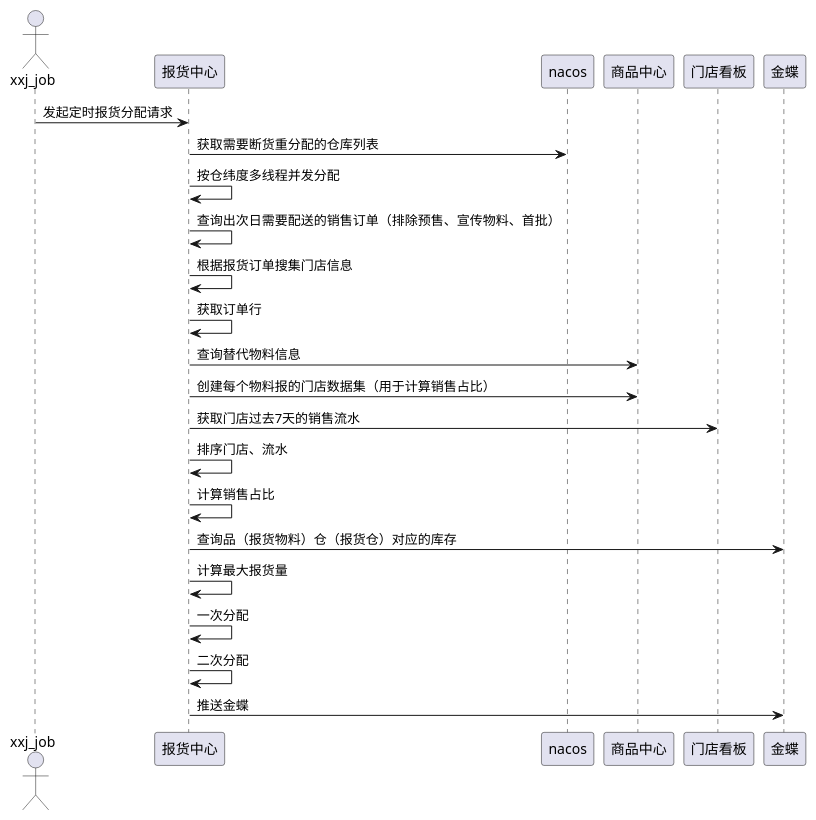
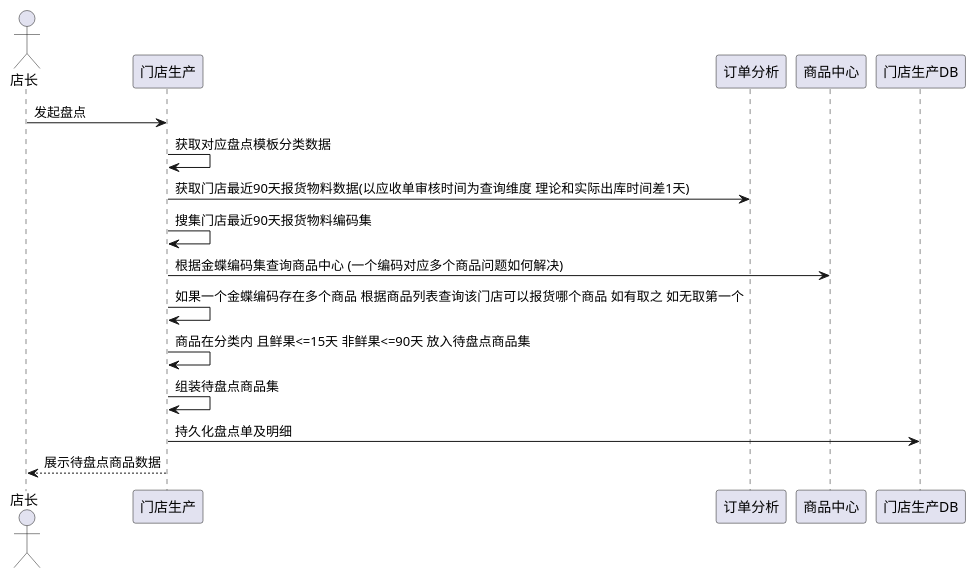
The diagram in src/main/resources/uml/booking-main-distribute.puml (Thothma/SkyGarden), drawn with PlantUML before and after one commit. The commit also changed 3 other files, not shown here.

```diff
--- a/src/main/resources/uml/booking-main-distribute.puml
+++ b/src/main/resources/uml/booking-main-distribute.puml
@@ -1,21 +1,15 @@
 @startuml
 'https://plantuml.com/sequence-diagram
 
-actor xxj_job
-xxj_job -> 报货中心:发起定时报货分配请求
-报货中心 -> nacos: 获取需要断货重分配的仓库列表
-报货中心 -> 报货中心: 按仓纬度多线程并发分配
-报货中心 -> 报货中心: 查询出次日需要配送的销售订单（排除预售、宣传物料、首批）
-报货中心 -> 报货中心: 根据报货订单搜集门店信息
-报货中心 -> 报货中心: 获取订单行
-报货中心 -> 商品中心: 查询替代物料信息
-报货中心 -> 商品中心: 创建每个物料报的门店数据集（用于计算销售占比）
-报货中心 -> 门店看板: 获取门店过去7天的销售流水
-报货中心 -> 报货中心: 排序门店、流水
-报货中心 -> 报货中心: 计算销售占比
-报货中心 -> 金蝶: 查询品（报货物料）仓（报货仓）对应的库存
-报货中心 -> 报货中心: 计算最大报货量
-报货中心 -> 报货中心: 一次分配
-报货中心 -> 报货中心: 二次分配
-报货中心 -> 金蝶:推送金蝶
+actor 店长
+店长 -> 门店生产: 发起盘点
+门店生产 -> 门店生产: 获取对应盘点模板分类数据
+门店生产 -> 订单分析: 获取门店最近90天报货物料数据(以应收单审核时间为查询维度 理论和实际出库时间差1天)
+门店生产 -> 门店生产: 搜集门店最近90天报货物料编码集
+门店生产 -> 商品中心: 根据金蝶编码集查询商品中心 (一个编码对应多个商品问题如何解决)
+门店生产 -> 门店生产: 如果一个金蝶编码存在多个商品 根据商品列表查询该门店可以报货哪个商品 如有取之 如无取第一个
+门店生产 -> 门店生产: 商品在分类内 且鲜果<=15天 非鲜果<=90天 放入待盘点商品集
+门店生产 -> 门店生产: 组装待盘点商品集
+门店生产 -> 门店生产DB: 持久化盘点单及明细
+门店生产 --> 店长: 展示待盘点商品数据
 @enduml
```
